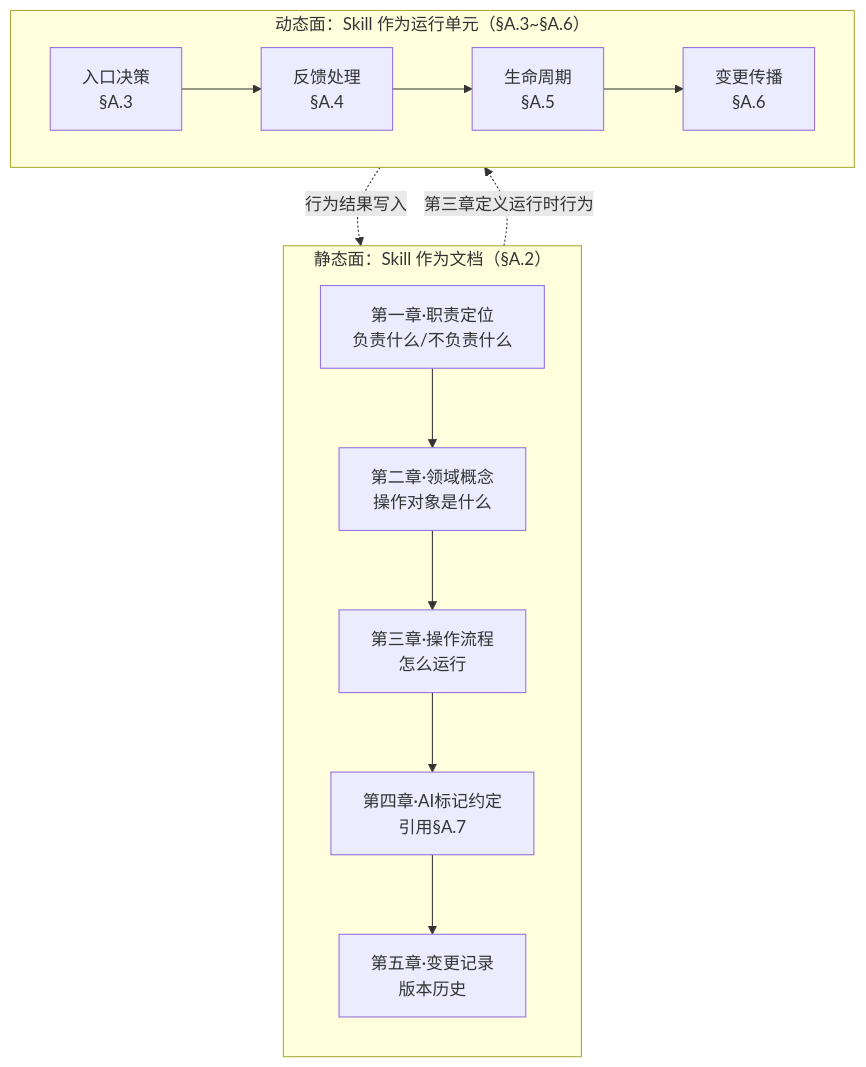
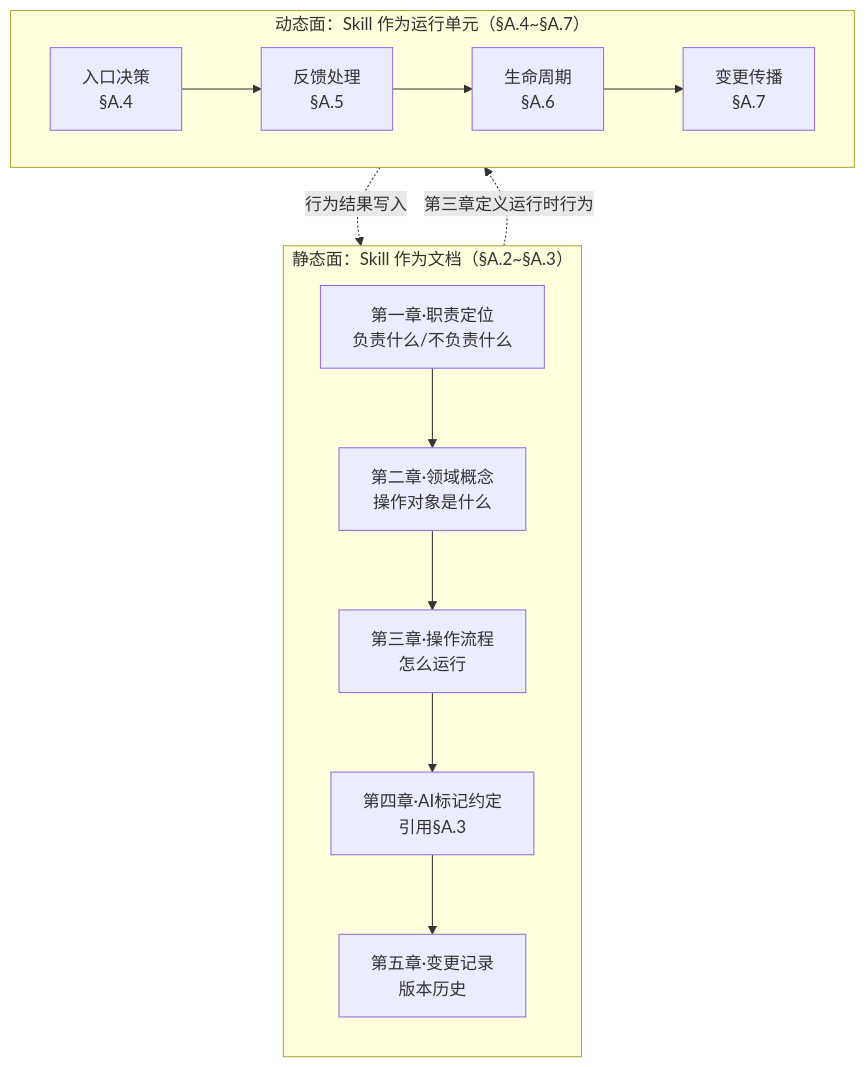
One commit to Yongjunzhou/AOS-system-design changed the second of 6 diagrams in 20-pl4eos/10-pl4eos-subpl-sysdev/10-wfsysdev-4-eos/91-eos-biz-eng-spec.md. Above: the diagram before and after it, drawn with Mermaid. The commit also changed other lines of this file and 1 other file, not shown here.

````diff
--- a/20-pl4eos/10-pl4eos-subpl-sysdev/10-wfsysdev-4-eos/91-eos-biz-eng-spec.md
+++ b/20-pl4eos/10-pl4eos-subpl-sysdev/10-wfsysdev-4-eos/91-eos-biz-eng-spec.md
@@ -1251,24 +1252,24 @@
 ```mermaid
 graph TB
-  subgraph 静态面["静态面：Skill 作为文档（§A.2）"]
+  subgraph 静态面["静态面：Skill 作为文档（§A.2~§A.3）"]
     direction TB
     CH1[第一章·职责定位<br/>负责什么/不负责什么]
     CH2[第二章·领域概念<br/>操作对象是什么]
     CH3[第三章·操作流程<br/>怎么运行]
-    CH4[第四章·AI标记约定<br/>引用§A.7]
+    CH4[第四章·AI标记约定<br/>引用§A.3]
     CH5[第五章·变更记录<br/>版本历史]
     CH1 --> CH2 --> CH3 --> CH4 --> CH5
   end
 
-  subgraph 动态面["动态面：Skill 作为运行单元（§A.3~§A.6）"]
+  subgraph 动态面["动态面：Skill 作为运行单元（§A.4~§A.7）"]
     direction LR
-    ENTER[入口决策<br/>§A.3]
-    FEEDBACK[反馈处理<br/>§A.4]
-    LIFECYCLE[生命周期<br/>§A.5]
-    PROPAGATE[变更传播<br/>§A.6]
+    ENTER[入口决策<br/>§A.4]
+    FEEDBACK[反馈处理<br/>§A.5]
+    LIFECYCLE[生命周期<br/>§A.6]
+    PROPAGATE[变更传播<br/>§A.7]
     ENTER --> FEEDBACK --> LIFECYCLE --> PROPAGATE
   end
 
   静态面 -.->|第三章定义运行时行为| 动态面
   动态面 -.->|行为结果写入| 静态面
 ```
````
